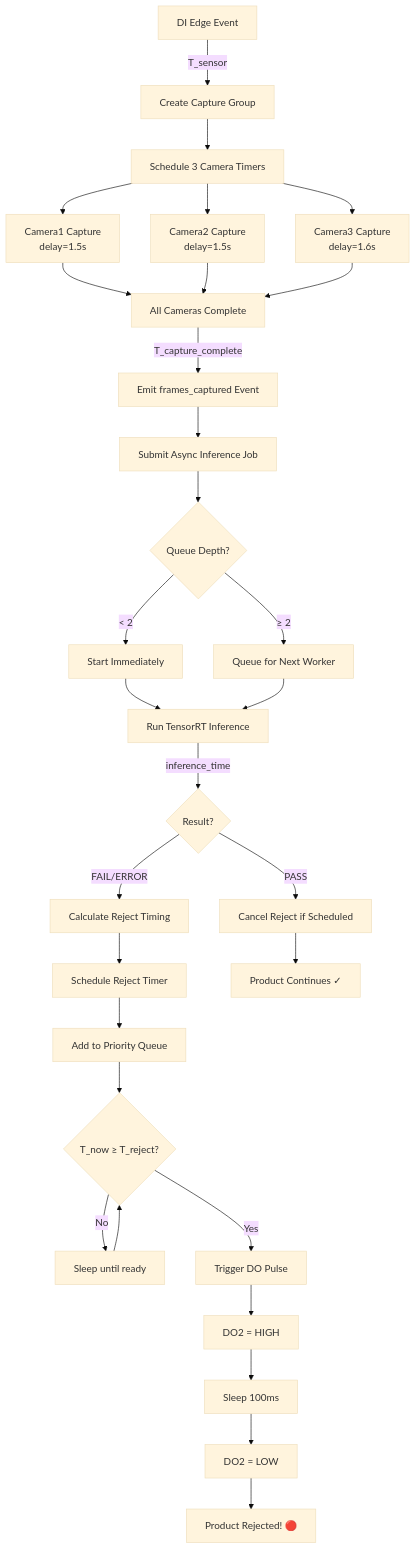
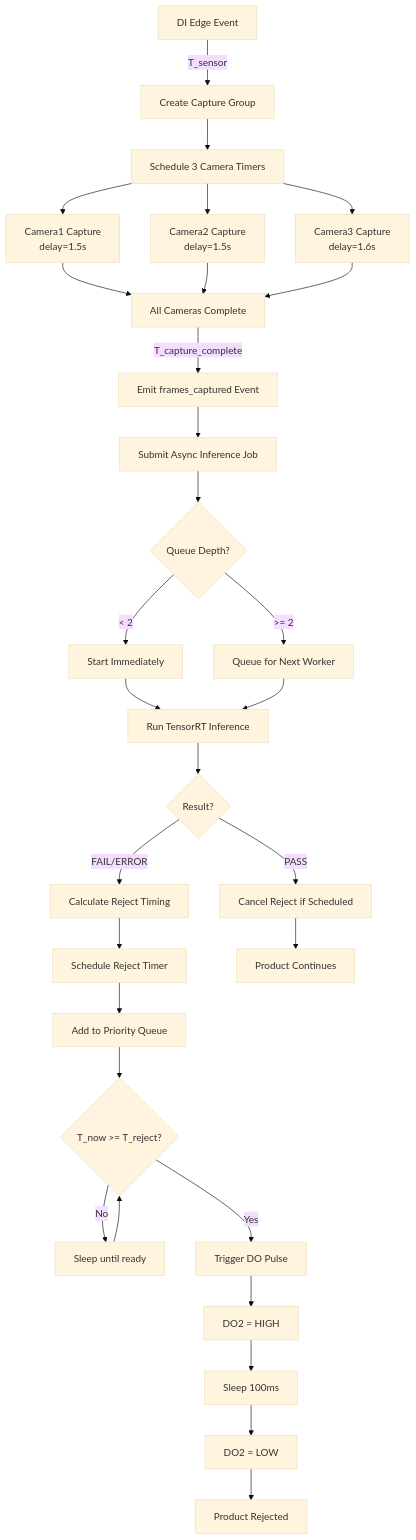
The eighth of 8 diagrams in ai_services/camera_management/CLASS_DIAGRAM.md (ngocthien2306/ocr_datecode), drawn with Mermaid (base theme) before and after one commit. The commit also changed other lines of this file and 2 other files, not shown here.

````diff
--- a/ai_services/camera_management/CLASS_DIAGRAM.md
+++ b/ai_services/camera_management/CLASS_DIAGRAM.md
@@ -498,43 +500,32 @@
 ```mermaid
 flowchart TD
     A[DI Edge Event] -->|T_sensor| B[Create Capture Group]
     B --> C[Schedule 3 Camera Timers]
-    C --> D1[Camera1 Capture<br/>delay=1.5s]
-    C --> D2[Camera2 Capture<br/>delay=1.5s]
-    C --> D3[Camera3 Capture<br/>delay=1.6s]
-
+    C --> D1["Camera1 Capture<br/>delay=1.5s"]
+    C --> D2["Camera2 Capture<br/>delay=1.5s"]
+    C --> D3["Camera3 Capture<br/>delay=1.6s"]
     D1 --> E[All Cameras Complete]
     D2 --> E
     D3 --> E
-
     E -->|T_capture_complete| F[Emit frames_captured Event]
-
     F --> G[Submit Async Inference Job]
-
     G --> H{Queue Depth?}
-    H -->|< 2| I[Start Immediately]
-    H -->|≥ 2| J[Queue for Next Worker]
-
+    H -->|"< 2"| I[Start Immediately]
+    H -->|">= 2"| J[Queue for Next Worker]
     I --> K[Run TensorRT Inference]
     J --> K
-
-    K -->|inference_time| L{Result?}
-
+    K --> L{Result?}
     L -->|FAIL/ERROR| M[Calculate Reject Timing]
     L -->|PASS| N[Cancel Reject if Scheduled]
-
     M --> O[Schedule Reject Timer]
     O --> P[Add to Priority Queue]
-
-    P --> Q{T_now ≥ T_reject?}
+    P --> Q{"T_now >= T_reject?"}
     Q -->|No| R[Sleep until ready]
     R --> Q
     Q -->|Yes| S[Trigger DO Pulse]
-
-    S --> T[DO2 = HIGH]
-    T --> U[Sleep 100ms]
-    U --> V[DO2 = LOW]
-    V --> W[Product Rejected! 🔴]
-
-    N --> X[Product Continues ✓]
+    S --> T["DO2 = HIGH"]
+    T --> U["Sleep 100ms"]
+    U --> V["DO2 = LOW"]
+    V --> W[Product Rejected]
+    N --> X[Product Continues]
 ```
````
